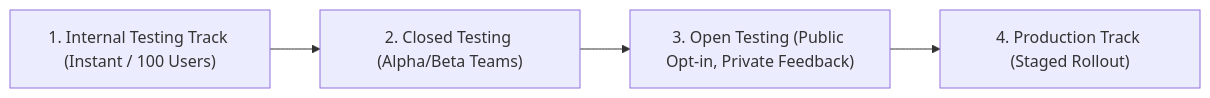
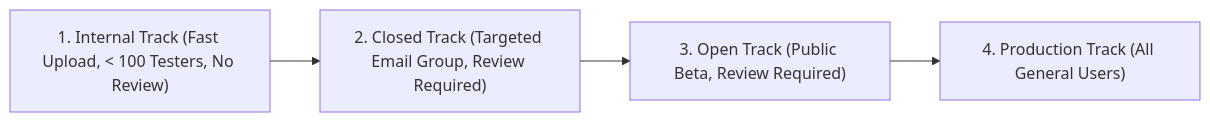
The diagram in 01_inbox/mobile/android/03_packaging_deployment/distribution/release-distribution-contracts/google-play-testing-tracks-split-audience-and-feedback-scope.md (youngmin-gwon/what-i-studied), drawn with Mermaid before and after one commit. The commit also changed other lines of this file and 134 other files, not shown here.

````diff
--- a/01_inbox/mobile/android/03_packaging_deployment/distribution/release-distribution-contracts/google-play-testing-tracks-split-audience-and-feedback-scope.md
+++ b/01_inbox/mobile/android/03_packaging_deployment/distribution/release-distribution-contracts/google-play-testing-tracks-split-audience-and-feedback-scope.md
@@ -21,6 +31,6 @@
 ```mermaid
 flowchart LR
-    Internal["1. Internal Testing Track (Instant / 100 Users)"] --> Closed["2. Closed Testing (Alpha/Beta Teams)"]
-    Closed --> Open["3. Open Testing (Public Opt-in, Private Feedback)"]
-    Open --> Production["4. Production Track (Staged Rollout)"]
+    Internal["1. Internal Track (Fast Upload, < 100 Testers, No Review)"] --> Closed["2. Closed Track (Targeted Email Group, Review Required)"]
+    Closed --> Open["3. Open Track (Public Beta, Review Required)"]
+    Open --> Production["4. Production Track (All General Users)"]
 ```
````
